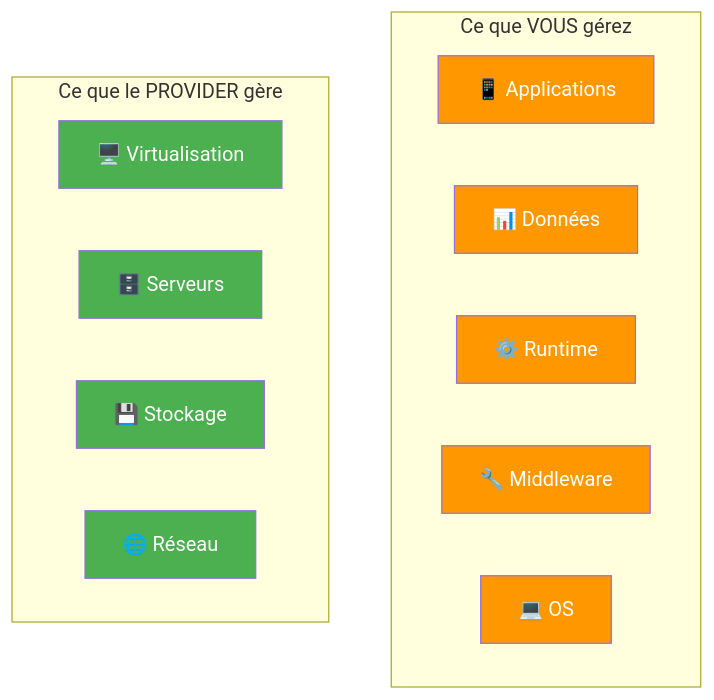
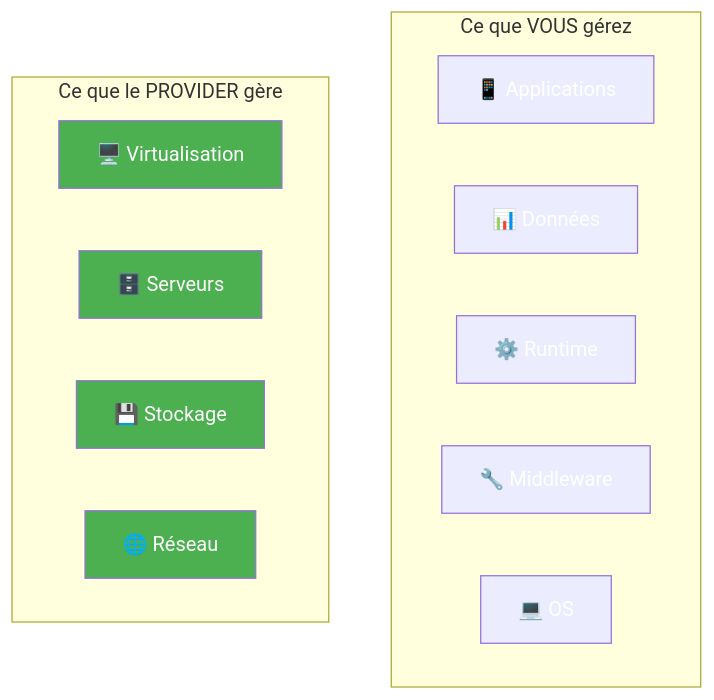
The second of 10 diagrams in docs/formations/cloud-fundamentals/02-module.md (VBlackJack/ShellBook), drawn with Mermaid before and after one commit. The commit also changed other lines of this file and 337 other files, not shown here.

First line of the commit message:
refactor(docs): Standardize code blocks and Mermaid colors

````diff
--- a/docs/formations/cloud-fundamentals/02-module.md
+++ b/docs/formations/cloud-fundamentals/02-module.md
@@ -86,27 +86,27 @@
 ```mermaid
 graph TB
     subgraph "Ce que VOUS gérez"
         APP["📱 Applications"]
         DATA["📊 Données"]
         RUNTIME["⚙️ Runtime"]
         MIDDLEWARE["🔧 Middleware"]
         OS["💻 OS"]
     end
 
     subgraph "Ce que le PROVIDER gère"
         VIRT["🖥️ Virtualisation"]
         SERVERS["🗄️ Serveurs"]
         STORAGE["💾 Stockage"]
         NETWORK["🌐 Réseau"]
     end
 
-    style APP fill:#ff9800,color:#fff
-    style DATA fill:#ff9800,color:#fff
-    style RUNTIME fill:#ff9800,color:#fff
-    style MIDDLEWARE fill:#ff9800,color:#fff
-    style OS fill:#ff9800,color:#fff
+    style APP fill:#FF9800800800,color:#fff
+    style DATA fill:#FF9800800800,color:#fff
+    style RUNTIME fill:#FF9800800800,color:#fff
+    style MIDDLEWARE fill:#FF9800800800,color:#fff
+    style OS fill:#FF9800800800,color:#fff
     style VIRT fill:#4caf50,color:#fff
     style SERVERS fill:#4caf50,color:#fff
     style STORAGE fill:#4caf50,color:#fff
     style NETWORK fill:#4caf50,color:#fff
 ```
````
